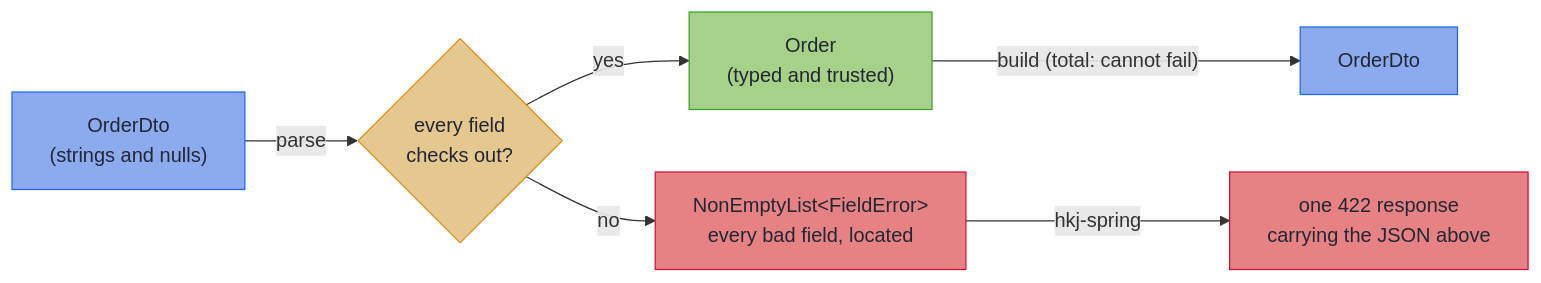
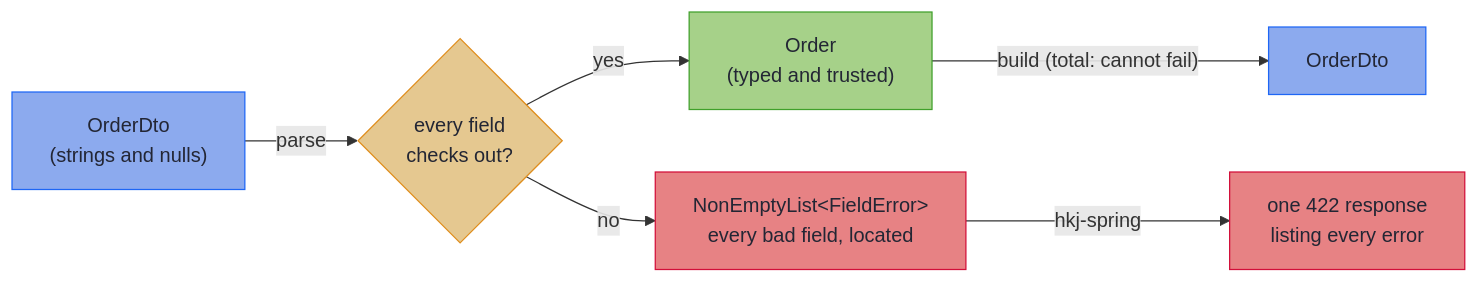
The first of 2 diagrams in hkj-book/src/mapping/ch_intro.md (higher-kinded-j/higher-kinded-j), drawn with Mermaid before and after one commit. The commit also changed other lines of this file and 8 other files, not shown here.

````diff
--- a/hkj-book/src/mapping/ch_intro.md
+++ b/hkj-book/src/mapping/ch_intro.md
@@ -59,17 +59,19 @@
 ```mermaid
 flowchart LR
+    accTitle: The mapping railway, in both directions
+    accDescr: The parse method takes an OrderDto of strings and nulls and checks every field. If every field checks out, it yields a typed, trusted Order. If not, it yields a NonEmptyList of FieldError naming every bad field, which hkj-spring renders as one 422 response listing every error. The build method takes the Order back to an OrderDto and cannot fail.
     DTO["OrderDto<br/>(strings and nulls)"] -->|"parse"| CHECK{"every field<br/>checks out?"}
     CHECK -->|yes| DOM["Order<br/>(typed and trusted)"]
     CHECK -->|no| ERR["NonEmptyList&lt;FieldError&gt;<br/>every bad field, located"]
     DOM -->|"build (total: cannot fail)"| OUT["OrderDto"]
-    ERR -->|"hkj-spring"| RESP["one 422 response<br/>carrying the JSON above"]
+    ERR -->|"hkj-spring"| RESP["one 422 response<br/>listing every error"]
 
     classDef wire fill:#8caaee,stroke:#1e66f5,color:#232634
     classDef domain fill:#a6d189,stroke:#40a02b,color:#232634
     classDef error fill:#e78284,stroke:#d20f39,color:#232634
     classDef decision fill:#e5c890,stroke:#df8e1d,color:#232634
     class DTO,OUT wire
     class DOM domain
     class ERR,RESP error
     class CHECK decision
 ```
````
